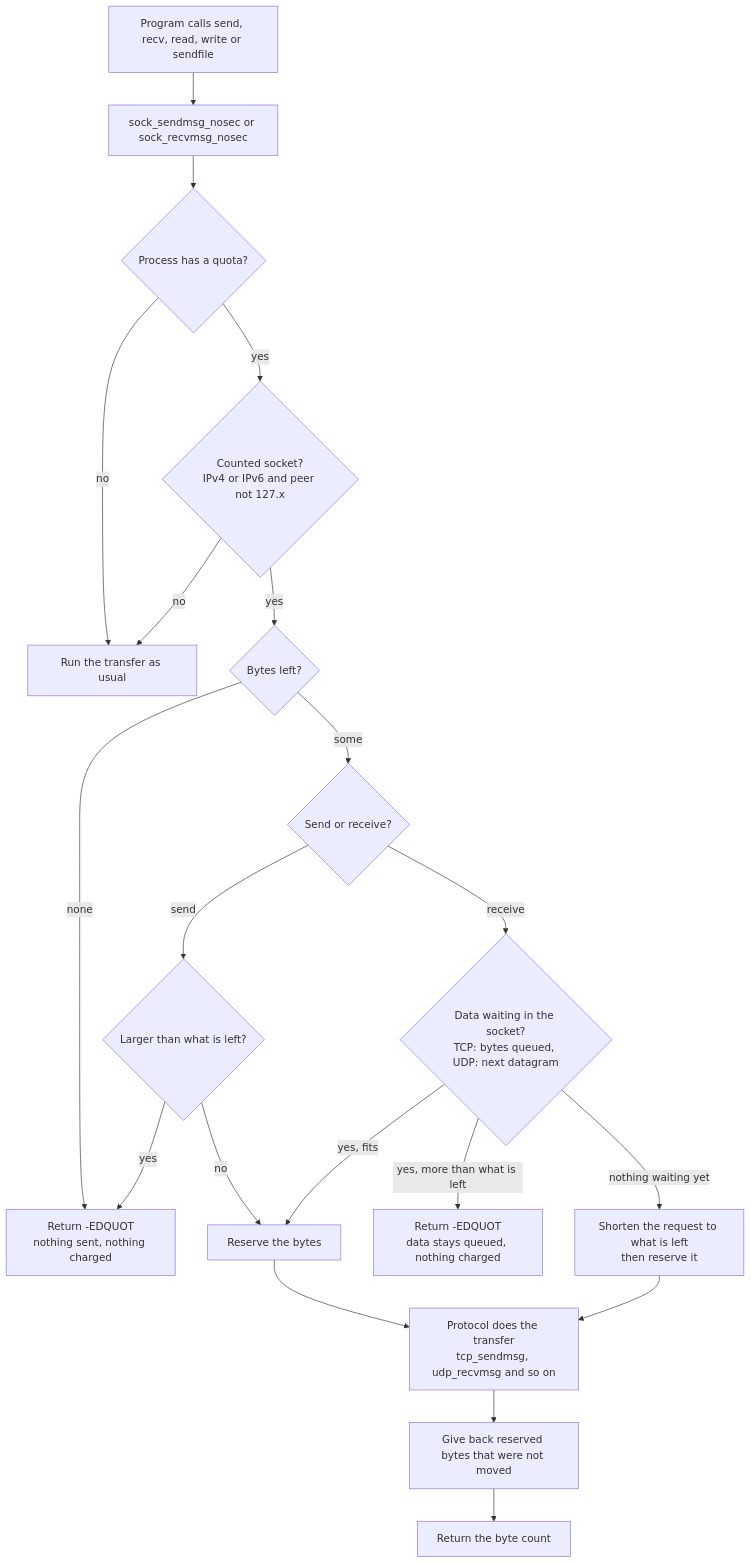
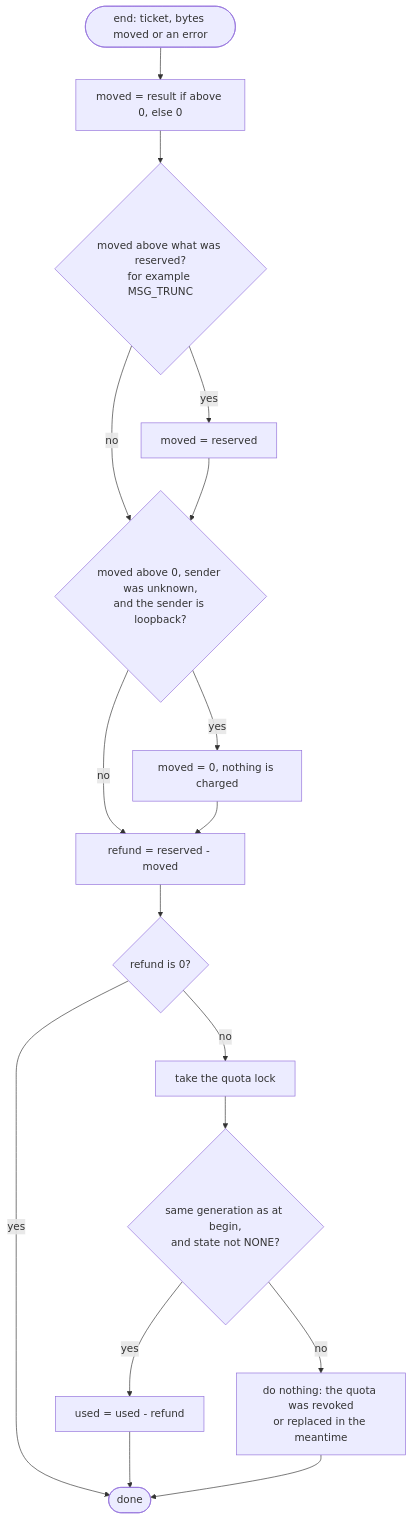
Before and after one commit to Dhruv0306/net-quota-syscall: diagram 12 of 18 in docs/how-it-works.md, drawn with Mermaid. The commit also changed other lines of this file and 5 other files, not shown here.

First line of the commit message:
docs: rewrite how-it-works with branching diagrams, add the syscall reference

````diff
--- a/docs/how-it-works.md
+++ b/docs/how-it-works.md
@@ -108,22 +427,19 @@
 ```mermaid
 flowchart TD
-  A["Program calls send, recv, read, write or sendfile"] --> B["sock_sendmsg_nosec or sock_recvmsg_nosec"]
-  B --> C{"Process has a quota?"}
-  C -- no --> Z["Run the transfer as usual"]
-  C -- yes --> D{"Counted socket?<br/>IPv4 or IPv6 and peer not 127.x"}
-  D -- no --> Z
-  D -- yes --> F{"Bytes left?"}
-  F -- none --> X["Return -EDQUOT<br/>nothing sent, nothing charged"]
-  F -- some --> G{"Send or receive?"}
-  G -- send --> S{"Larger than what is left?"}
-  S -- yes --> X
-  S -- no --> H["Reserve the bytes"]
-  G -- receive --> W{"Data waiting in the socket?<br/>TCP: bytes queued, UDP: next datagram"}
-  W -- yes, more than what is left --> X2["Return -EDQUOT<br/>data stays queued, nothing charged"]
-  W -- yes, fits --> H
-  W -- nothing waiting yet --> J["Shorten the request to what is left<br/>then reserve it"]
-  H --> K["Protocol does the transfer<br/>tcp_sendmsg, udp_recvmsg and so on"]
-  J --> K
-  K --> L["Give back reserved bytes that were not moved"]
-  L --> M["Return the byte count"]
+  A(["end: ticket, bytes moved or an error"]) --> B["moved = result if above 0, else 0"]
+  B --> C{"moved above what was reserved?<br/>for example MSG_TRUNC"}
+  C -->|"yes"| D["moved = reserved"]
+  C -->|"no"| E
+  D --> E{"moved above 0, sender was unknown,<br/>and the sender is loopback?"}
+  E -->|"yes"| F["moved = 0, nothing is charged"]
+  E -->|"no"| G
+  F --> G["refund = reserved - moved"]
+  G --> H{"refund is 0?"}
+  H -->|"yes"| Z(["done"])
+  H -->|"no"| I["take the quota lock"]
+  I --> J{"same generation as at begin,<br/>and state not NONE?"}
+  J -->|"yes"| K["used = used - refund"]
+  J -->|"no"| L["do nothing: the quota was revoked<br/>or replaced in the meantime"]
+  K --> Z
+  L --> Z
 ```
````
